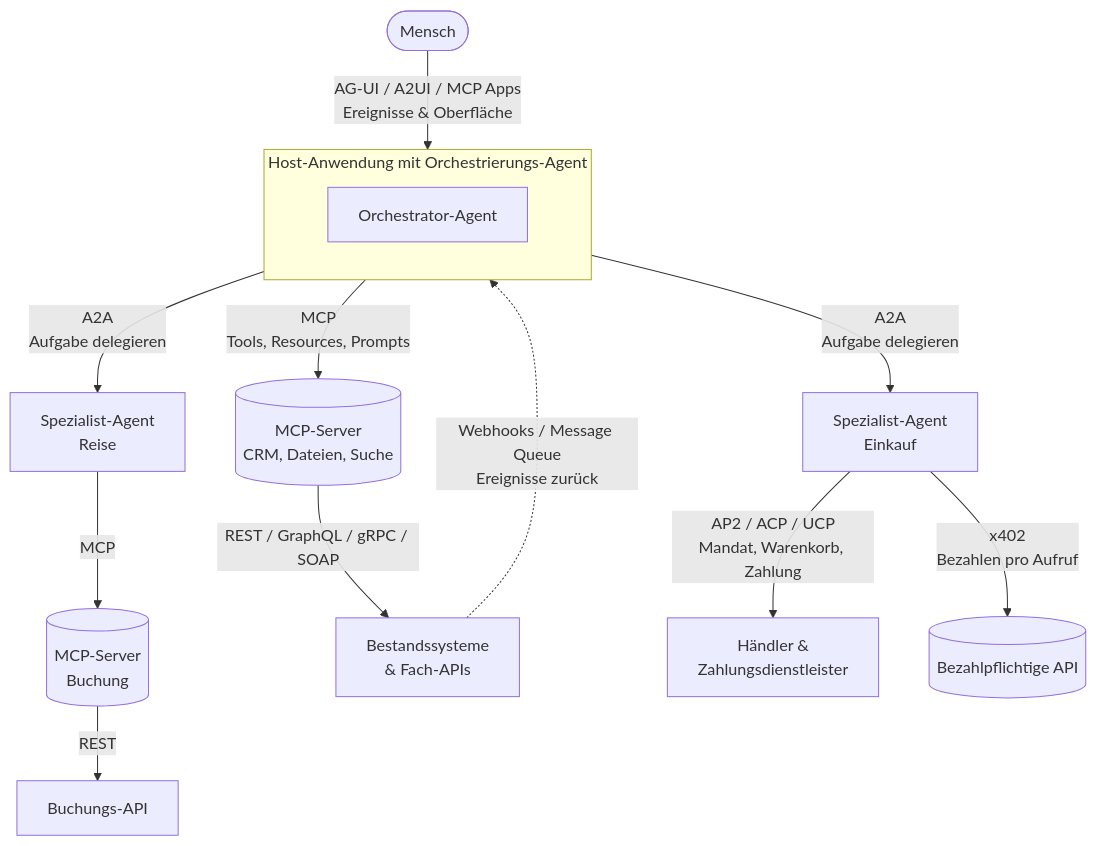
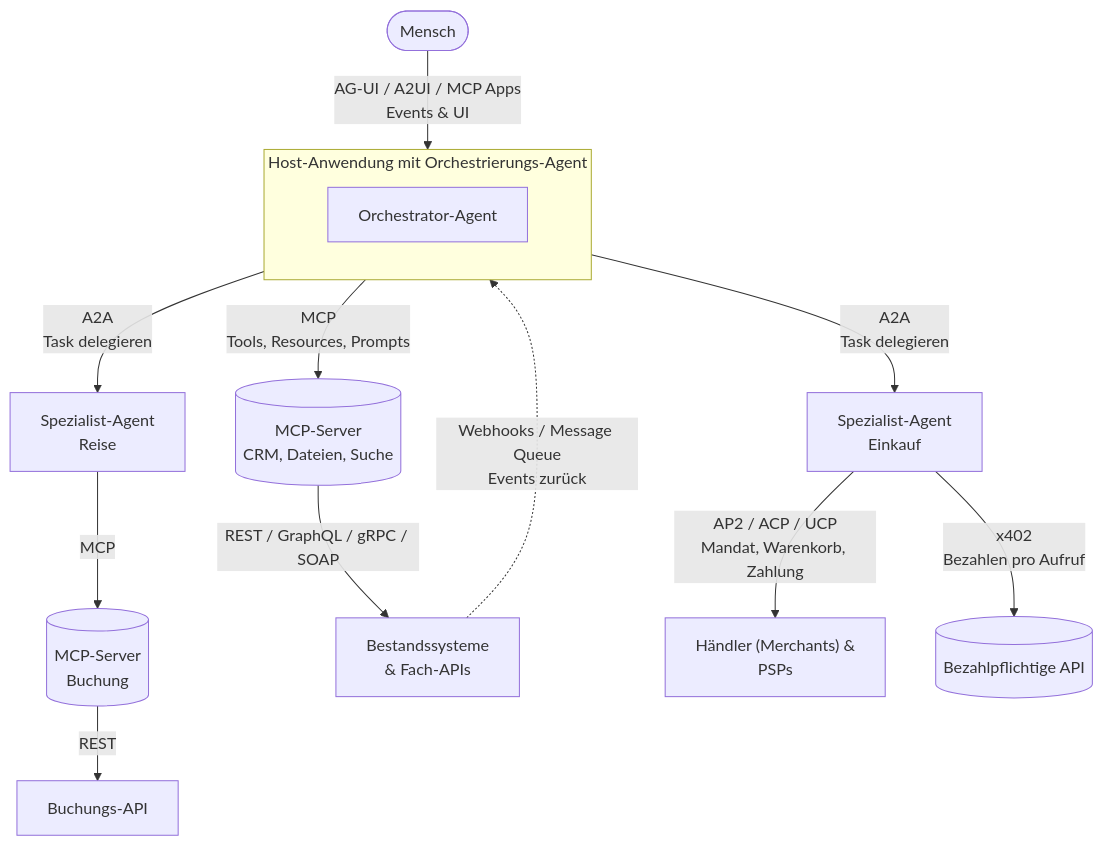
The first of 13 diagrams in src/blog/content/posts/agentic-protocols-compared.md (org-felix-paul/felix-paul-website), drawn with Mermaid before and after one commit. The commit also changed other lines of this file, not shown here.

````diff
--- a/src/blog/content/posts/agentic-protocols-compared.md
+++ b/src/blog/content/posts/agentic-protocols-compared.md
@@ -95,17 +95,17 @@
 ```mermaid
 flowchart TB
-    U([Mensch]) -->|"AG-UI / A2UI / MCP Apps<br/>Ereignisse & Oberfläche"| H
+    U([Mensch]) -->|"AG-UI / A2UI / MCP Apps<br/>Events & UI"| H
     subgraph H[Host-Anwendung mit Orchestrierungs-Agent]
         direction TB
         O[Orchestrator-Agent]
     end
-    O -->|"A2A<br/>Aufgabe delegieren"| S1[Spezialist-Agent<br/>Reise]
-    O -->|"A2A<br/>Aufgabe delegieren"| S2[Spezialist-Agent<br/>Einkauf]
+    O -->|"A2A<br/>Task delegieren"| S1[Spezialist-Agent<br/>Reise]
+    O -->|"A2A<br/>Task delegieren"| S2[Spezialist-Agent<br/>Einkauf]
     O -->|"MCP<br/>Tools, Resources, Prompts"| M1[(MCP-Server<br/>CRM, Dateien, Suche)]
     S1 -->|"MCP"| M2[(MCP-Server<br/>Buchung)]
     M1 -->|"REST / GraphQL / gRPC / SOAP"| B1[Bestandssysteme<br/>& Fach-APIs]
     M2 -->|"REST"| B2[Buchungs-API]
-    B1 -.->|"Webhooks / Message Queue<br/>Ereignisse zurück"| H
-    S2 -->|"AP2 / ACP / UCP<br/>Mandat, Warenkorb, Zahlung"| P[Händler &<br/>Zahlungsdienstleister]
+    B1 -.->|"Webhooks / Message Queue<br/>Events zurück"| H
+    S2 -->|"AP2 / ACP / UCP<br/>Mandat, Warenkorb, Zahlung"| P["Händler (Merchants) &<br/>PSPs"]
     S2 -->|"x402<br/>Bezahlen pro Aufruf"| X[(Bezahlpflichtige API)]
 ```
````
